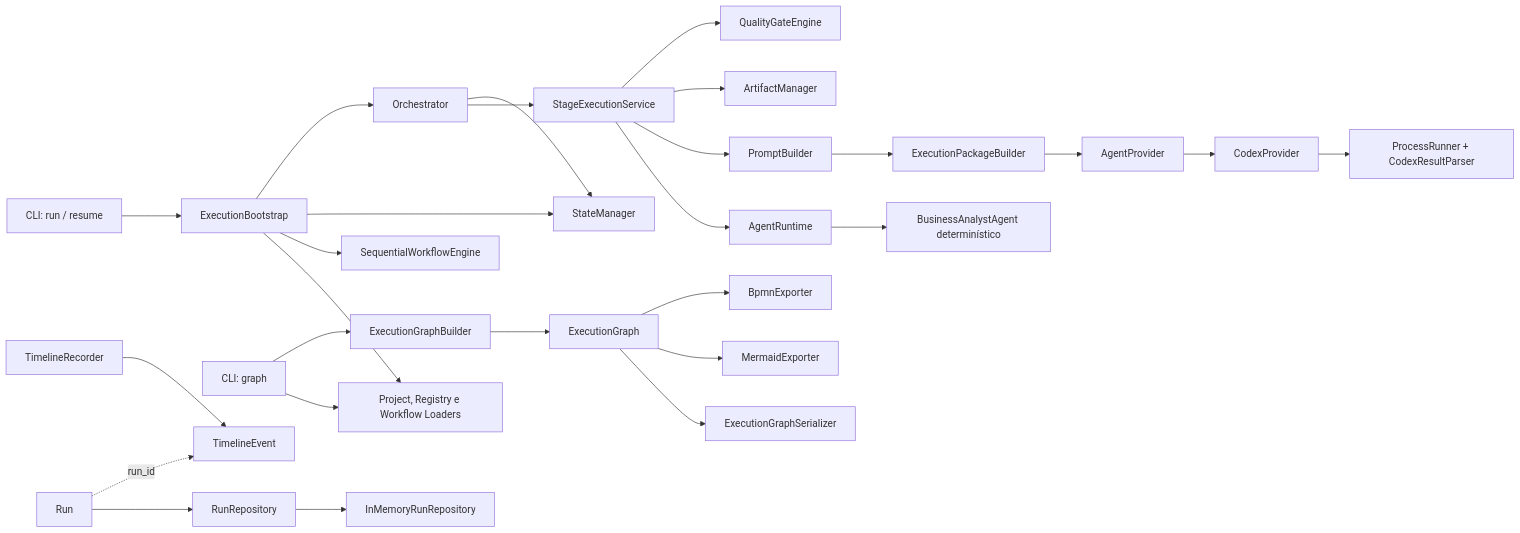
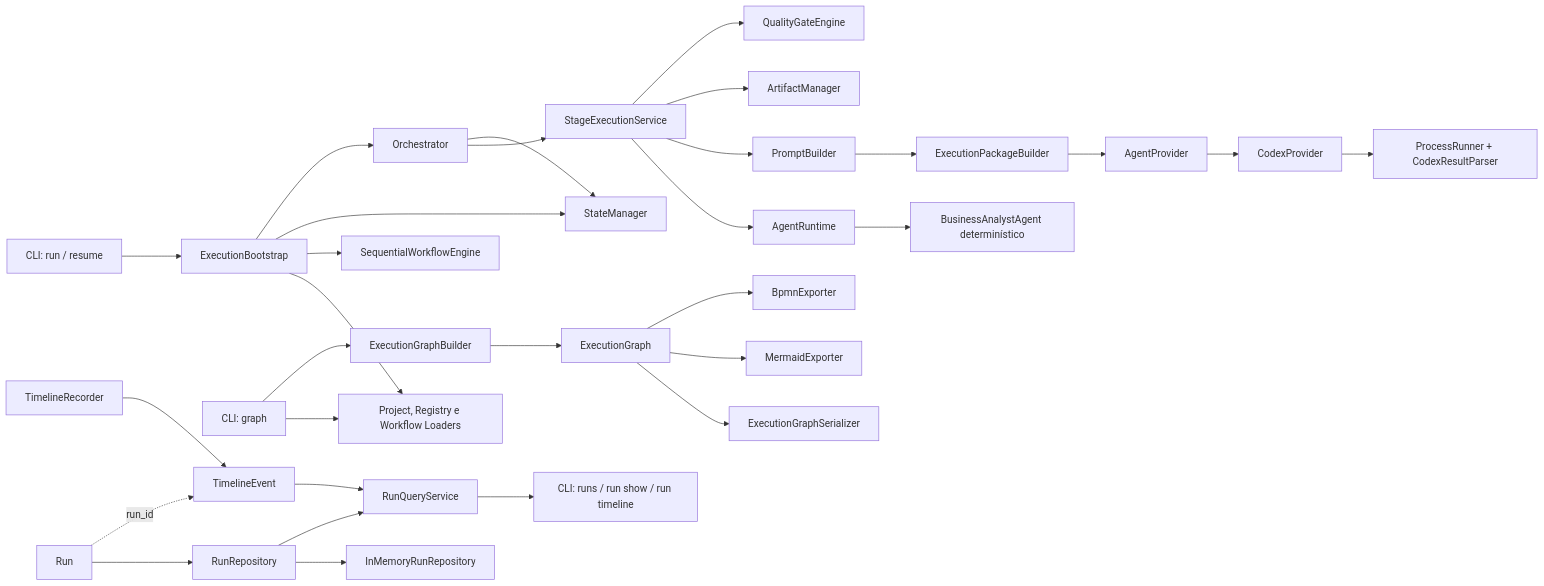
One commit to paul-92/fabrica-de-software changed the diagram in docs/architecture/ASEP-Architecture-v1.md. Above: the diagram before and after it, drawn with Mermaid. The commit also changed other lines of this file and 10 other files, not shown here.

Commit message:
feat: add run query service and history CLI

````diff
--- a/docs/architecture/ASEP-Architecture-v1.md
+++ b/docs/architecture/ASEP-Architecture-v1.md
@@ -36,30 +36,33 @@
 ```mermaid
 flowchart LR
     CLI["CLI: run / resume"] --> BOOT["ExecutionBootstrap"]
     BOOT --> LOADERS["Project, Registry e Workflow Loaders"]
     BOOT --> ENGINE["SequentialWorkflowEngine"]
     BOOT --> STATE["StateManager"]
     BOOT --> ORCH["Orchestrator"]
     ORCH --> STAGE["StageExecutionService"]
     STAGE --> RUNTIME["AgentRuntime"]
     RUNTIME --> BA["BusinessAnalystAgent determinístico"]
     STAGE --> PROMPT["PromptBuilder"]
     PROMPT --> PACKAGE["ExecutionPackageBuilder"]
     PACKAGE --> PORT["AgentProvider"]
     PORT --> CODEX["CodexProvider"]
     CODEX --> PROCESS["ProcessRunner + CodexResultParser"]
     STAGE --> ARTIFACT["ArtifactManager"]
     STAGE --> GATE["QualityGateEngine"]
     ORCH --> STATE
 
     GRAPHCLI["CLI: graph"] --> LOADERS
     GRAPHCLI --> GB["ExecutionGraphBuilder"]
     GB --> GRAPH["ExecutionGraph"]
     GRAPH --> JSON["ExecutionGraphSerializer"]
     GRAPH --> MERMAID["MermaidExporter"]
     GRAPH --> BPMN["BpmnExporter"]
     RUNMODEL["Run"] --> RUNREPO["RunRepository"]
     RUNREPO --> MEMORY["InMemoryRunRepository"]
     RUNMODEL -. run_id .-> TIMELINE["TimelineEvent"]
     RECORDER["TimelineRecorder"] --> TIMELINE
+    RUNREPO --> QUERY["RunQueryService"]
+    TIMELINE --> QUERY
+    QUERY --> HISTORY["CLI: runs / run show / run timeline"]
 ```
````
